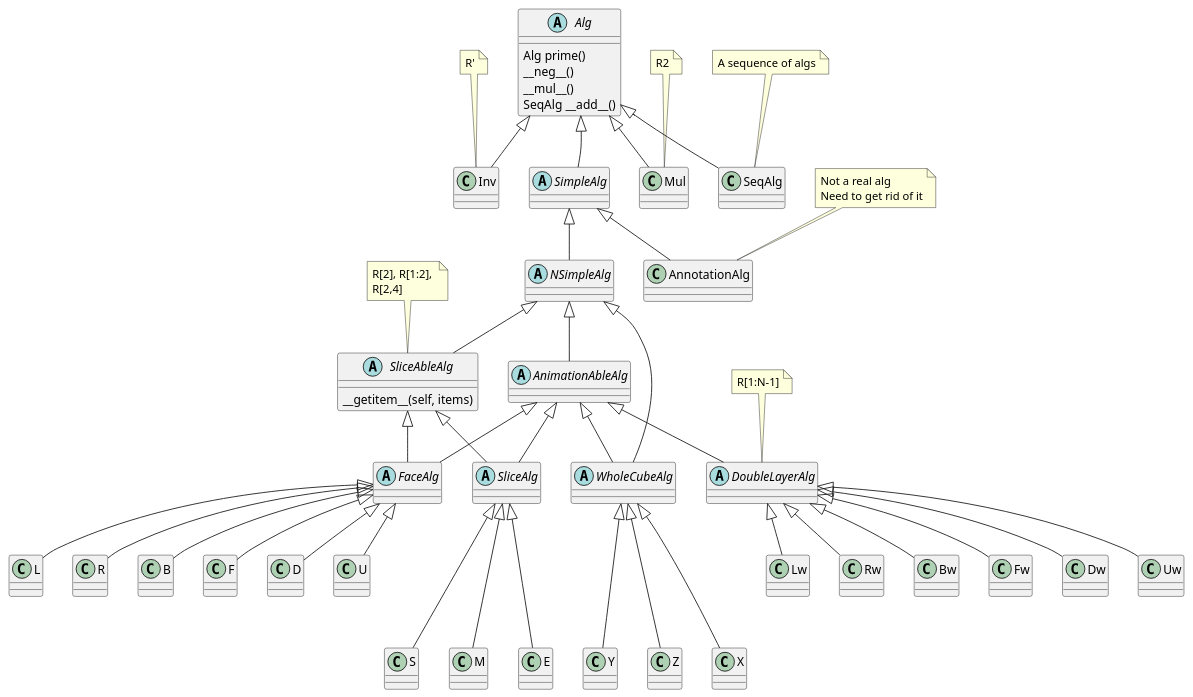
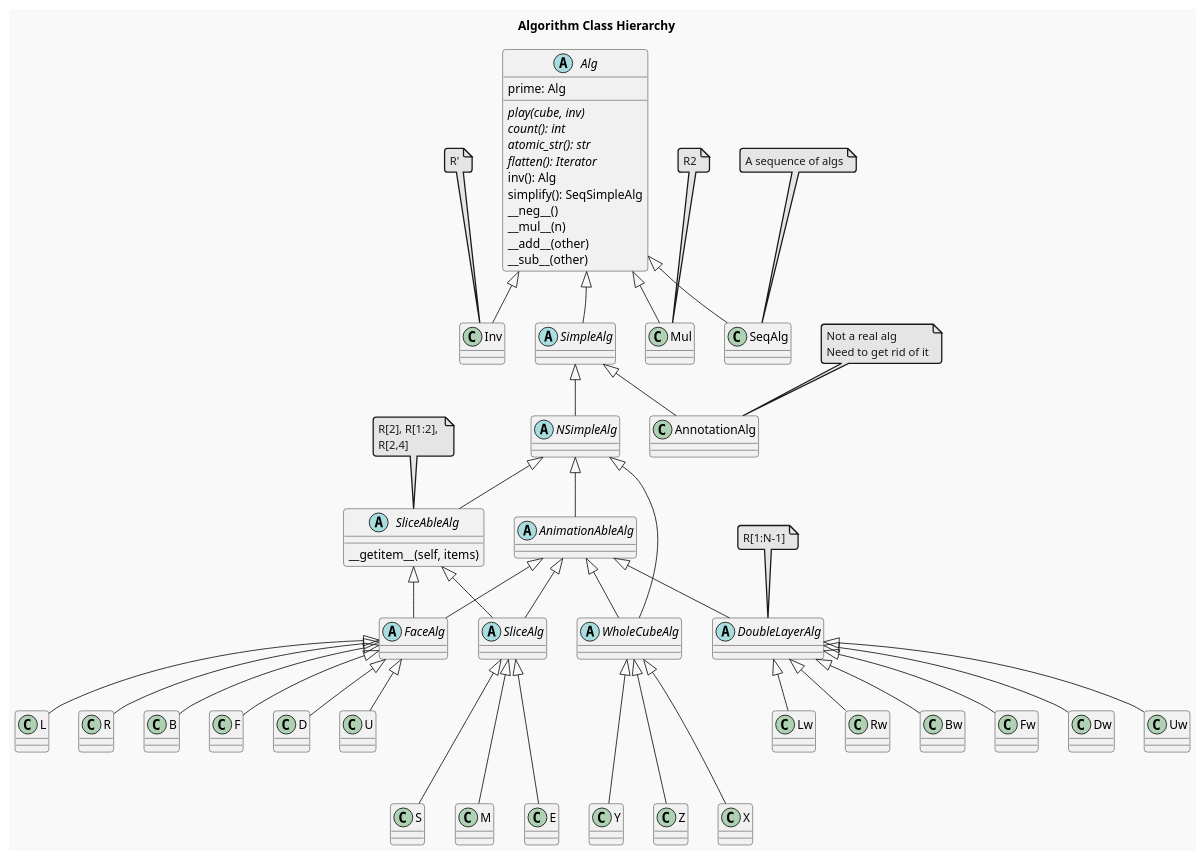
Before and after one commit to boaznahum/cubesolve: the diagram in readme_files/algs.puml, drawn with PlantUML. The commit also changed 14 other files, not shown here.

First line of the commit message:
Improve and add PlantUML diagrams for README documentation

```diff
--- a/readme_files/algs.puml
+++ b/readme_files/algs.puml
@@ -1,120 +1,130 @@
 @startuml
 'https://plantuml.com/class-diagram
 
+!theme mars
+title Algorithm Class Hierarchy
+
 abstract class Alg {
-    Alg prime()
+    {abstract} play(cube, inv)
+    {abstract} count(): int
+    {abstract} atomic_str(): str
+    {abstract} flatten(): Iterator
+    inv(): Alg
+    prime: Alg
+    simplify(): SeqSimpleAlg
     __neg__()
-    __mul__()
-    SeqAlg __add__()
+    __mul__(n)
+    __add__(other)
+    __sub__(other)
 }
 
 together {
     abstract class SimpleAlg
     class Inv
     class Mul
     class SeqAlg
 }
 
 SimpleAlg -up[hidden]-> Alg
 Alg  <|--  SimpleAlg
 Alg  <|--  Inv
 Alg  <|--  Mul
 note top of Inv: R'
 note top of Mul: R2
 Alg <|-- SeqAlg
 note top of SeqAlg: A sequence of algs
 
 ' under SimpleAlg
 together {
     abstract class NSimpleAlg
     class AnnotationAlg
 
     SimpleAlg  <|--  NSimpleAlg
     SimpleAlg  <|--  AnnotationAlg
 }
 
 note top of AnnotationAlg: Not a real alg\nNeed to get rid of it
 
 ' Under NSimpleAlg
 together {
     abstract class AnimationAbleAlg
 
     abstract class SliceAbleAlg {
         __getitem__(self, items)
     }
 }
 
 NSimpleAlg  <|--  AnimationAbleAlg
 NSimpleAlg  <|--  SliceAbleAlg
 
 'under AnimationAbleAlg and SliceAbleAlg
 together {
     abstract class FaceAlg
     abstract class SliceAlg
     abstract class WholeCubeAlg
     abstract class DoubleLayerAlg
 
 
     ' Make SliceAlg right to Face they both under SliceAbleAlg
     FaceAlg -right[hidden]-> SliceAlg
 }
 
 
 SliceAbleAlg  <|--  FaceAlg
 AnimationAbleAlg  <|--  FaceAlg
 AnimationAbleAlg  <|--  DoubleLayerAlg
 
 note top of DoubleLayerAlg: R[1:N-1]
 
 note top of SliceAbleAlg: R[2], R[1:2], \nR[2,4]
 
 SliceAbleAlg  <|--  SliceAlg
 AnimationAbleAlg  <|--  SliceAlg
 
 NSimpleAlg  <|--  WholeCubeAlg
 AnimationAbleAlg  <|--  WholeCubeAlg
 
 
 together  {
     FaceAlg <|-- U
     FaceAlg <|-- D
     FaceAlg <|-- F
     FaceAlg <|-- B
     FaceAlg <|-- R
     FaceAlg <|-- L
 }
 
 
 together  {
     DoubleLayerAlg <|-- Uw
     DoubleLayerAlg <|-- Dw
     DoubleLayerAlg <|-- Fw
     DoubleLayerAlg <|-- Bw
     DoubleLayerAlg <|-- Rw
     DoubleLayerAlg <|-- Lw
 }
 
 
 
 together  {
     WholeCubeAlg <|-- X
     WholeCubeAlg <|-- Y
     WholeCubeAlg <|-- Z
 }
 
 
 together  {
     SliceAlg <|-- M
     SliceAlg <|-- E
     SliceAlg <|-- S
 }
 
 ' try to make groups on under the other
 U -down[hidden]-> S
 Lw -down[hidden]-> X
 
 
 
 
 
 @enduml
```
